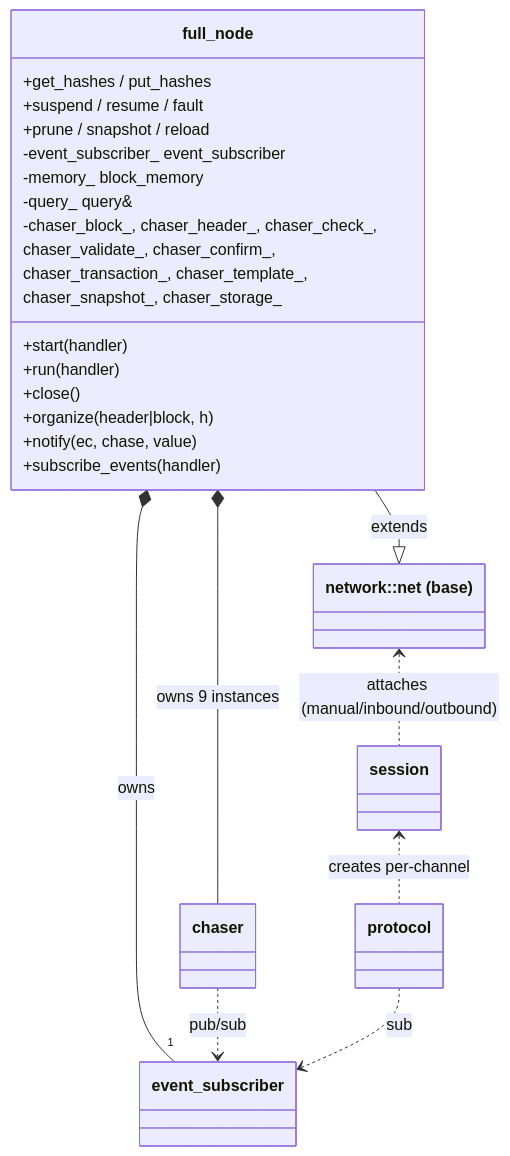
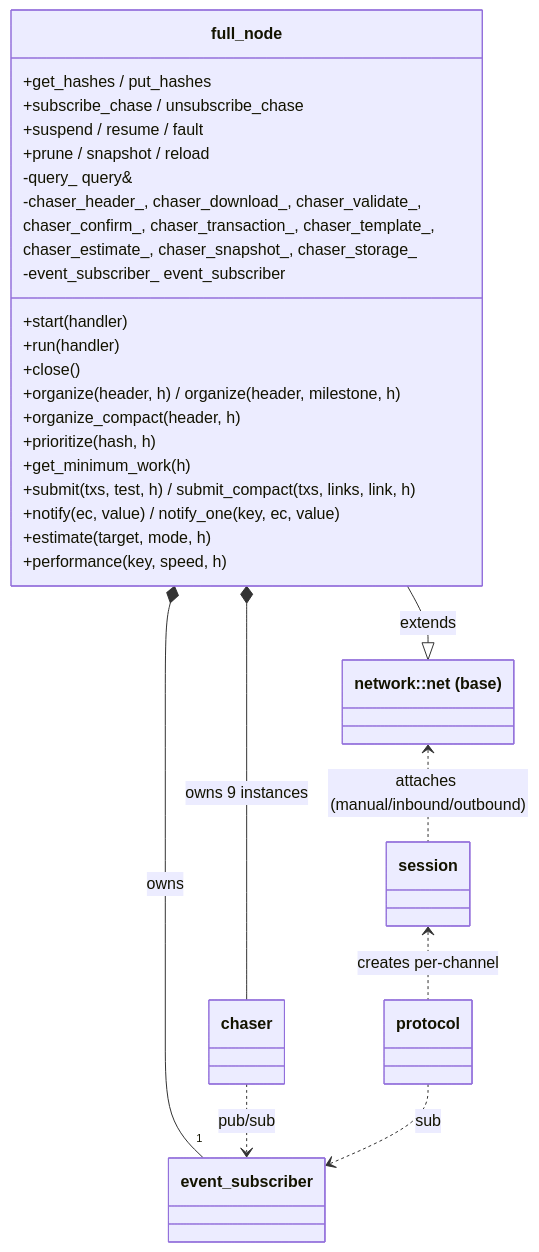
Before and after one commit to libbitcoin/libbitcoin.github.io: the second of 5 diagrams in architecture/md/00-overview.md, drawn with Mermaid. The commit also changed other lines of this file and 31 other files, not shown here.

Commit message:
Add the node architecture pages.

````diff
--- a/architecture/md/00-overview.md
+++ b/architecture/md/00-overview.md
@@ -44,32 +45,36 @@
 ```mermaid
 classDiagram
     class full_node {
         +start(handler)
         +run(handler)
         +close()
-        +organize(header|block, h)
+        +organize(header, h) / organize(header, milestone, h)
+        +organize_compact(header, h)
+        +prioritize(hash, h)
+        +get_minimum_work(h)
+        +submit(txs, test, h) / submit_compact(txs, links, link, h)
         +get_hashes / put_hashes
-        +notify(ec, chase, value)
-        +subscribe_events(handler)
+        +notify(ec, value) / notify_one(key, ec, value)
+        +subscribe_chase / unsubscribe_chase
         +suspend / resume / fault
         +prune / snapshot / reload
+        +estimate(target, mode, h)
+        +performance(key, speed, h)
+        -query_ query&
+        -chaser_header_, chaser_download_, chaser_validate_,
+         chaser_confirm_, chaser_transaction_, chaser_template_,
+         chaser_estimate_, chaser_snapshot_, chaser_storage_
         -event_subscriber_ event_subscriber
-        -memory_ block_memory
-        -query_ query&
-        -chaser_block_, chaser_header_, chaser_check_,
-         chaser_validate_, chaser_confirm_,
-         chaser_transaction_, chaser_template_,
-         chaser_snapshot_, chaser_storage_
     }
     class network_net["network::net (base)"]
     class chaser
     class session
     class protocol
     full_node --|> network_net : extends
     full_node *-- chaser : owns 9 instances
     full_node *-- "1" event_subscriber : owns
     network_net <.. session : attaches (manual/inbound/outbound)
     session <.. protocol : creates per-channel
     chaser ..> event_subscriber : pub/sub
     protocol ..> event_subscriber : sub
 ```
````
